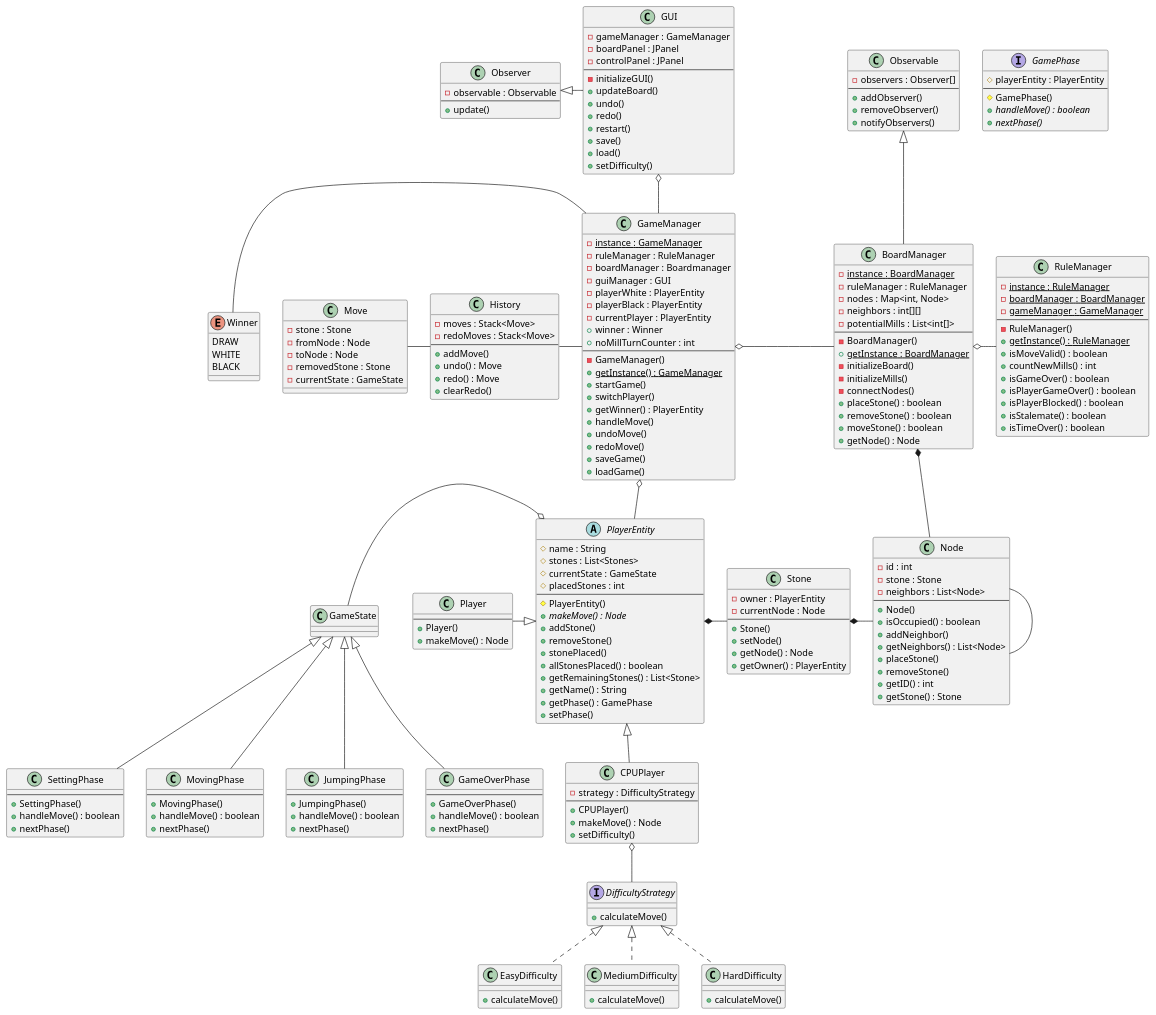
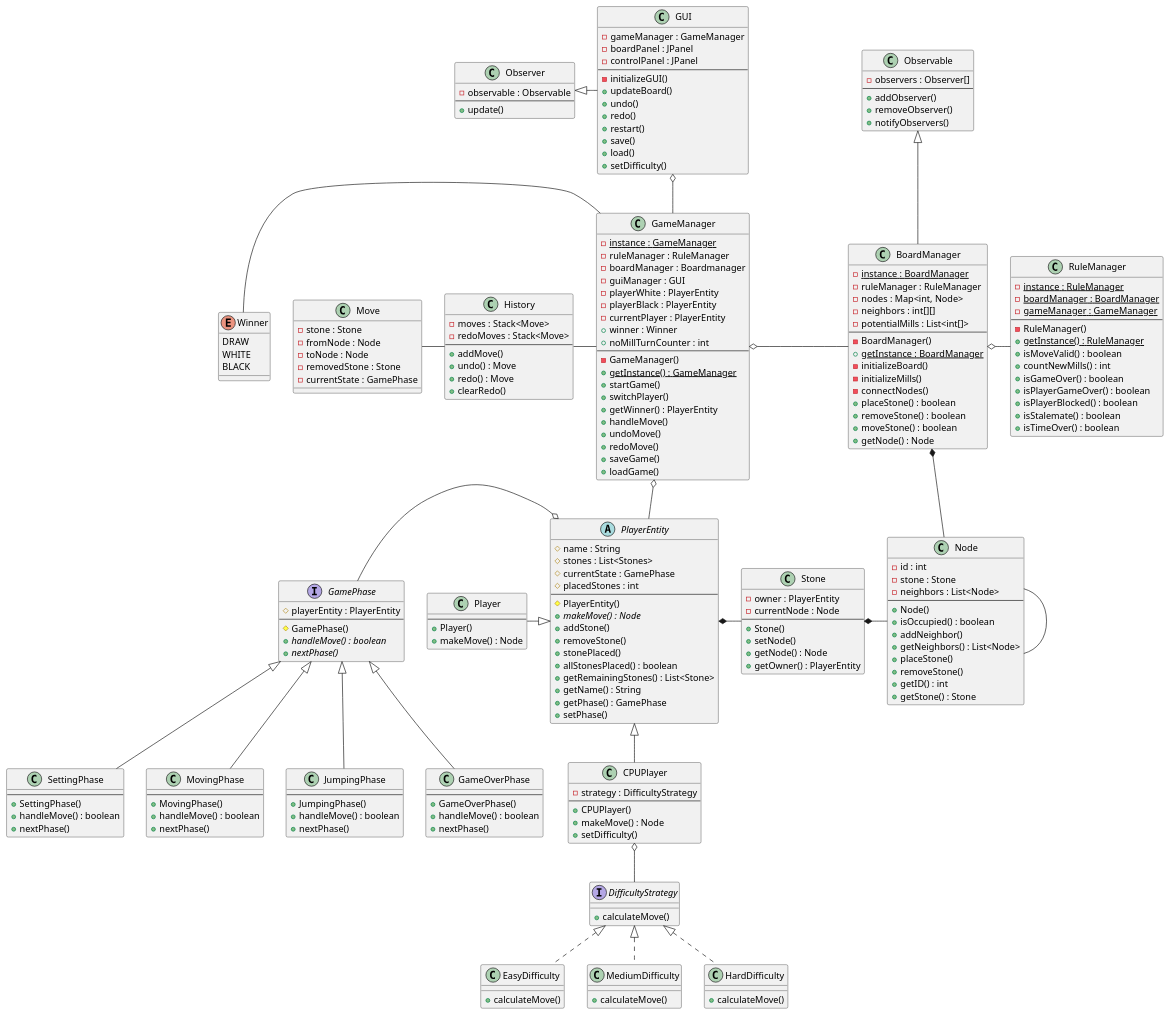
One commit to RyanMikus/muehlespiel_java_fs25 changed the diagram in Diagrams/ClassdiagramV2.puml. Above: the diagram before and after it, drawn with PlantUML.

Commit message:
Change GameState to GamePhase

```diff
--- a/Diagrams/ClassdiagramV2.puml
+++ b/Diagrams/ClassdiagramV2.puml
@@ -142,7 +142,7 @@
 abstract class PlayerEntity{
 # name : String
 # stones : List<Stones>
-# currentState : GameState
+# currentState : GamePhase
 # placedStones : int
 --
 # PlayerEntity()
@@ -186,7 +186,7 @@
 - fromNode : Node
 - toNode : Node
 - removedStone : Stone
-- currentState : GameState
+- currentState : GamePhase
 }
 
 class Observable{
@@ -226,11 +226,11 @@
 History - GameManager
 GameManager o-- PlayerEntity
 
-GameState <|-- SettingPhase
-GameState <|-- JumpingPhase
-GameState <|-- MovingPhase
-GameState <|-- GameOverPhase
-GameState -o PlayerEntity
+GamePhase <|-- SettingPhase
+GamePhase <|-- JumpingPhase
+GamePhase <|-- MovingPhase
+GamePhase <|-- GameOverPhase
+GamePhase -o PlayerEntity
 
 Player -|> PlayerEntity
 PlayerEntity <|-- CPUPlayer
```
